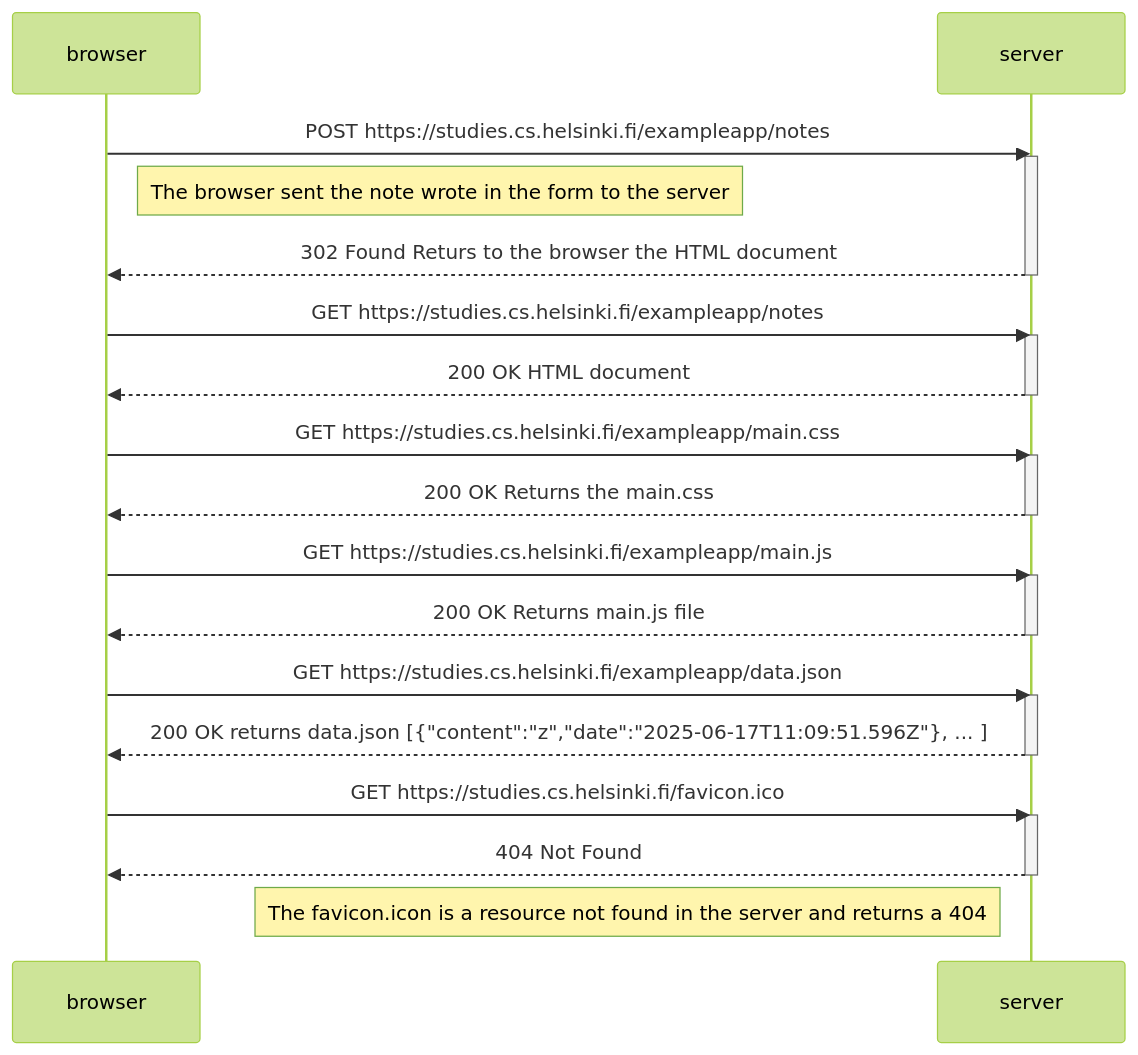
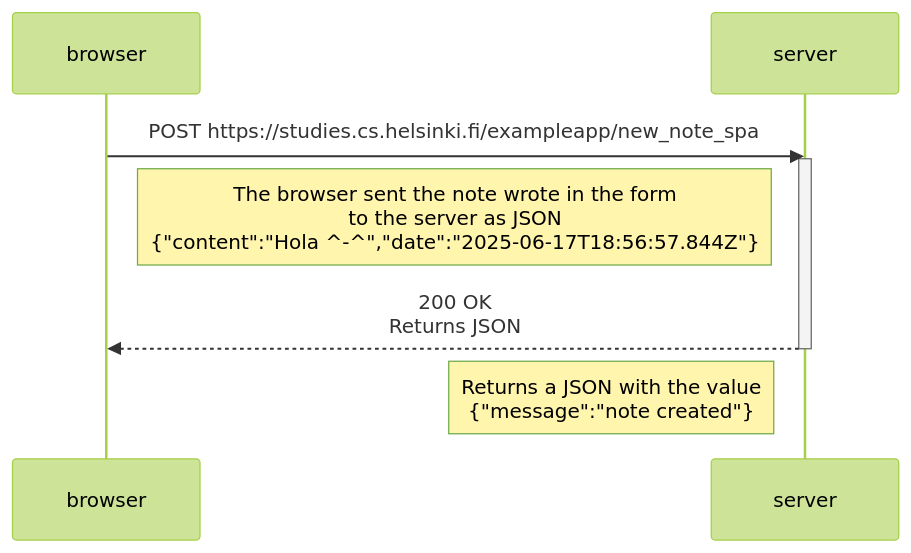
The diagram in part0/0.6_DiagramNewNoteSPA.md (Mestpal/fullstackopen), drawn with Mermaid (forest theme) before and after one commit. The commit also changed 2 other files, not shown here.

Commit message:
Exercises 0.5 & 0.6

````diff
--- a/part0/0.6_DiagramNewNoteSPA.md
+++ b/part0/0.6_DiagramNewNoteSPA.md
@@ -3,37 +3,12 @@
 ``` mermaid
     sequenceDiagram
     participant browser
     participant server
 
-    browser->>server: POST https://studies.cs.helsinki.fi/exampleapp/notes
+    browser->>server: POST https://studies.cs.helsinki.fi/exampleapp/new_note_spa
     activate server
-    Note right of browser: The browser sent the note wrote in the form to the server
-    server-->>browser: 302 Found Returs to the browser the HTML document
+    Note right of browser: The browser sent the note wrote in the form <br> to the server as JSON <br> {"content":"Hola ^-^","date":"2025-06-17T18:56:57.844Z"}
+    server-->>browser: 200 OK <br> Returns JSON
     deactivate server
-
-    browser->>server: GET https://studies.cs.helsinki.fi/exampleapp/notes
-    activate server
-    server-->>browser: 200 OK HTML document
-    deactivate server
-
-    browser->>server: GET https://studies.cs.helsinki.fi/exampleapp/main.css
-    activate server
-    server-->>browser: 200 OK Returns the main.css
-    deactivate server
-
-    browser->>server: GET https://studies.cs.helsinki.fi/exampleapp/main.js
-    activate server
-    server-->>browser: 200 OK Returns main.js file
-    deactivate server
-
-    browser->>server: GET https://studies.cs.helsinki.fi/exampleapp/data.json
-    activate server
-    server-->>browser: 200 OK returns data.json [{"content":"z","date":"2025-06-17T11:09:51.596Z"}, ... ]
-    deactivate server
-
-    browser->>server: GET https://studies.cs.helsinki.fi/favicon.ico
-    activate server
-    server-->>browser: 404 Not Found
-    deactivate server
-    Note left of server: The favicon.icon is a resource not found in the server and returns a 404
+    Note left of server: Returns a JSON with the value <br> {"message":"note created"}
 ```
````
